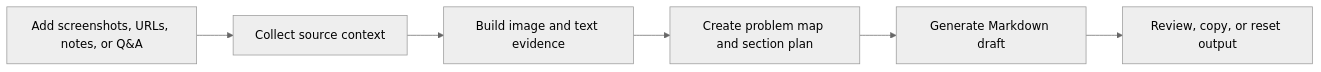
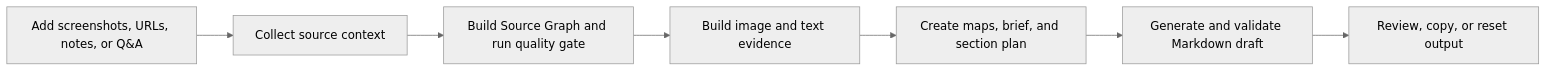
One commit to onekindalpha/Study-Documentation-Ai-Agent changed the second of 2 diagrams in README.ko.md. Above: the diagram before and after it, drawn with Mermaid (neutral theme). The commit also changed other lines of this file and 1 other file, not shown here.

Commit message:
docs: align README with latest HF architecture

````diff
--- a/README.ko.md
+++ b/README.ko.md
@@ -101,8 +111,9 @@
 ```mermaid
 flowchart LR
     A["Add screenshots, URLs, notes, or Q&A"] --> B["Collect source context"]
-    B --> C["Build image and text evidence"]
-    C --> D["Create problem map and section plan"]
-    D --> E["Generate Markdown draft"]
-    E --> F["Review, copy, or reset output"]
+    B --> C["Build Source Graph and run quality gate"]
+    C --> D["Build image and text evidence"]
+    D --> E["Create maps, brief, and section plan"]
+    E --> F["Generate and validate Markdown draft"]
+    F --> G["Review, copy, or reset output"]
 ```
````
